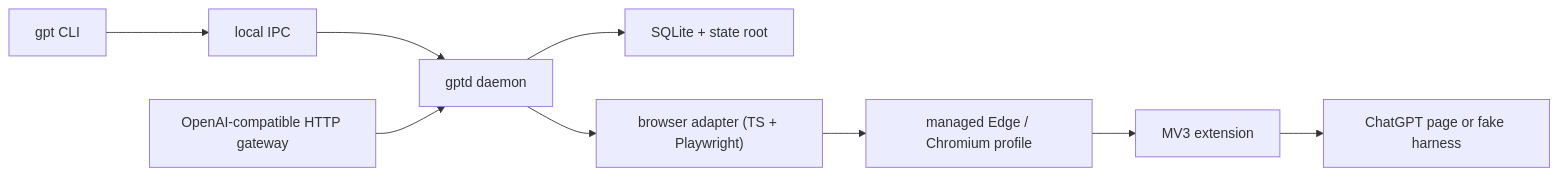
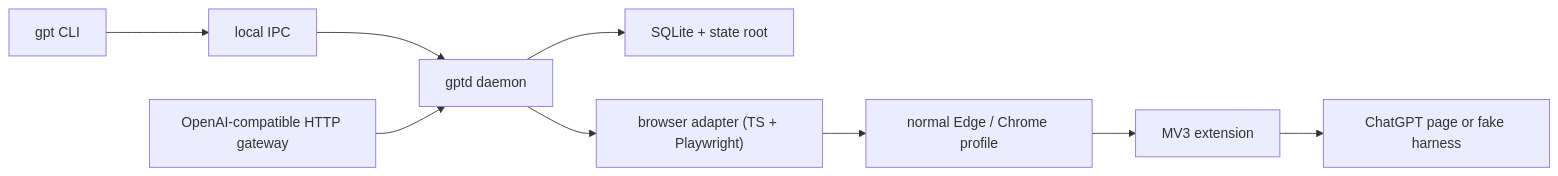
One commit to KeelMatrix/tablinq changed the diagram in README.md. Above: the diagram before and after it, drawn with Mermaid. The commit also changed other lines of this file and 2 other files, not shown here.

Commit message:
Add attach-first browser debug startup flow

````diff
--- a/README.md
+++ b/README.md
@@ -37,11 +37,11 @@
 ```mermaid
 flowchart LR
     CLI["gpt CLI"] --> IPC["local IPC"]
     IPC --> Daemon["gptd daemon"]
     Daemon --> DB["SQLite + state root"]
     Daemon --> Adapter["browser adapter (TS + Playwright)"]
-    Adapter --> Browser["managed Edge / Chromium profile"]
+    Adapter --> Browser["normal Edge / Chrome profile"]
     Browser --> Extension["MV3 extension"]
     Extension --> Page["ChatGPT page or fake harness"]
     Gateway["OpenAI-compatible HTTP gateway"] --> Daemon
 ```
````
